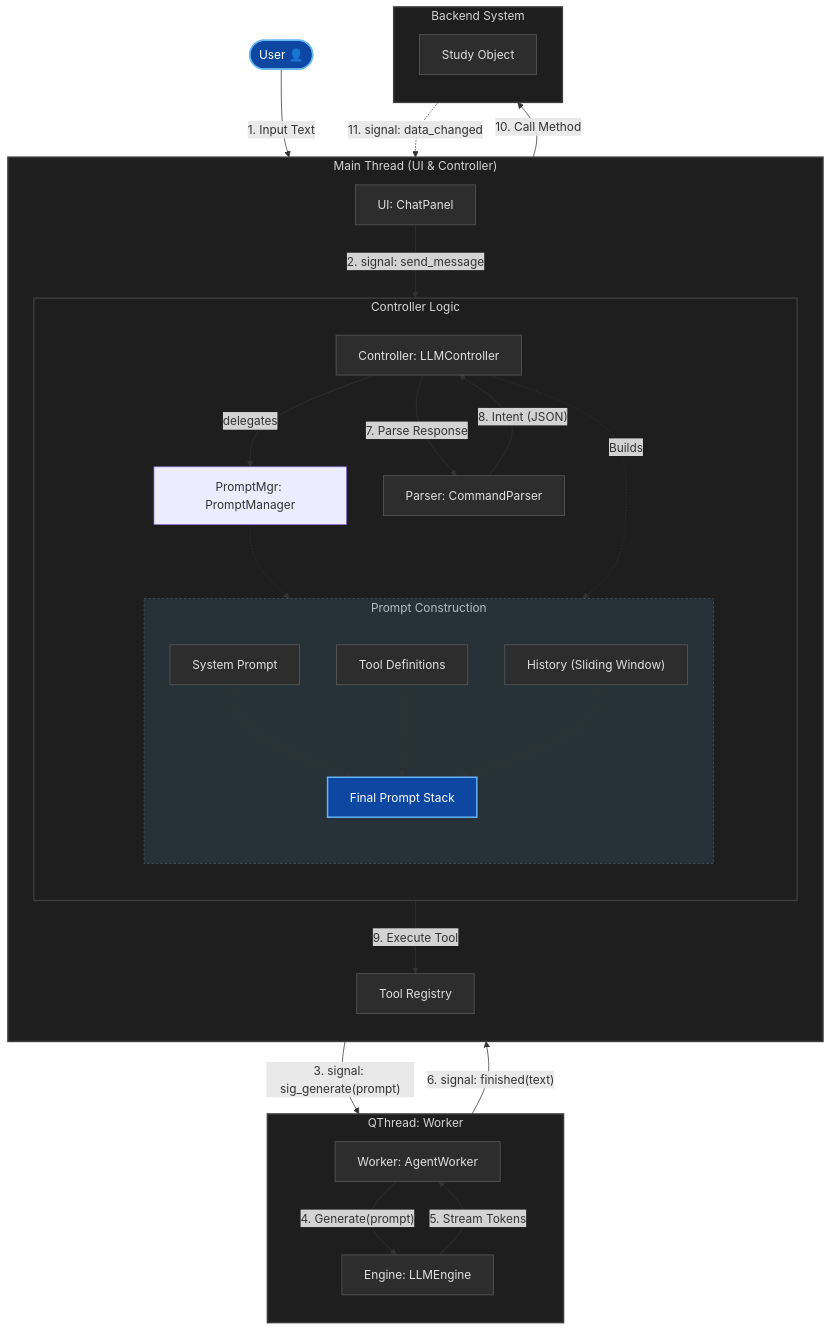
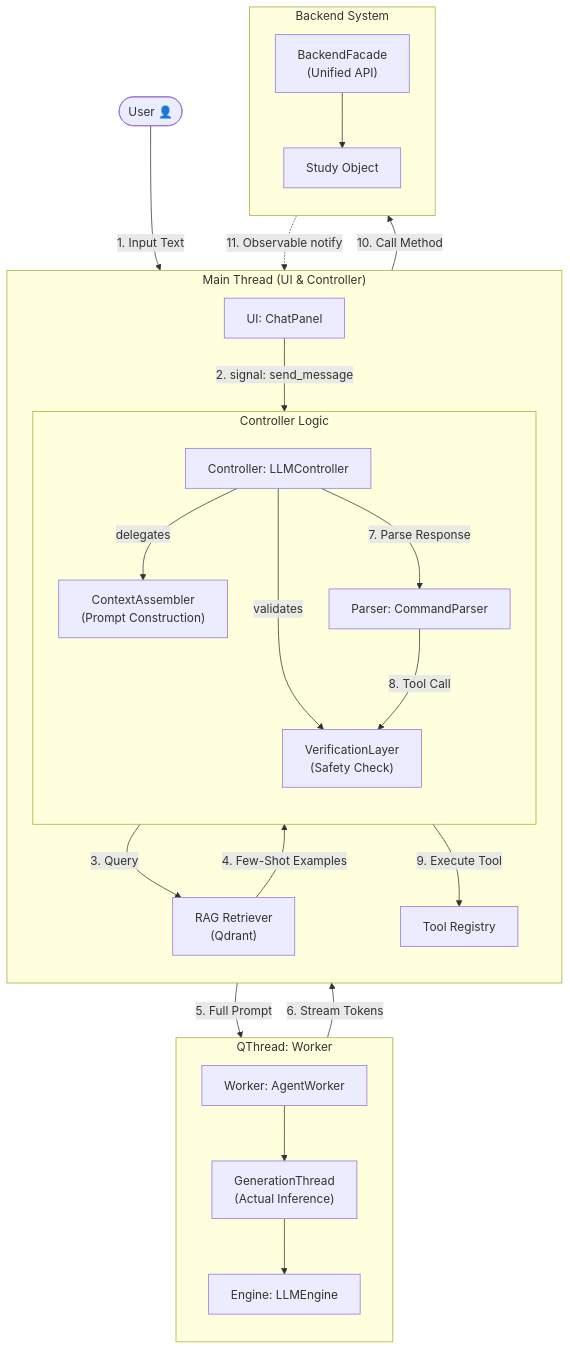
One commit to hxin-an/XBrainLab changed the diagram in documentation/agent/agent_architecture.md. Above: the diagram before and after it, drawn with Mermaid. The commit also changed other lines of this file and 15 other files, not shown here.

````diff
--- a/documentation/agent/agent_architecture.md
+++ b/documentation/agent/agent_architecture.md
@@ -8,73 +10,53 @@
 ```mermaid
 graph TD
-    %% Nodes
     User([User 👤])
 
     subgraph MainThread ["Main Thread (UI & Controller)"]
         direction TB
         UI[UI: ChatPanel]
 
         subgraph ControllerScope ["Controller Logic"]
             direction TB
             Controller[Controller: LLMController]
-            PromptMgr[PromptMgr: PromptManager]
+            Assembler["ContextAssembler<br/>(Prompt Construction)"]
             Parser[Parser: CommandParser]
+            Verifier["VerificationLayer<br/>(Safety Check)"]
 
-            subgraph PromptGen ["Prompt Construction "]
-                direction TB
-                Sys[System Prompt]
-                Tools[Tool Definitions]
-                Hist["History (Sliding Window)"]
-                FullPrompt[Final Prompt Stack]
-
-                Sys & Tools & Hist --> FullPrompt
-            end
-
-            Controller -- "delegates" --> PromptMgr
-            PromptMgr -.-> PromptGen
+            Controller -- "delegates" --> Assembler
+            Controller -- "validates" --> Verifier
         end
 
         ToolReg[Tool Registry]
+        RAG["RAG Retriever<br/>(Qdrant)"]
     end
 
     subgraph WorkerThread ["QThread: Worker"]
         direction TB
         Worker[Worker: AgentWorker]
+        GenThread["GenerationThread<br/>(Actual Inference)"]
         LLM[Engine: LLMEngine]
+
+        Worker --> GenThread
+        GenThread --> LLM
     end
 
     subgraph Backend ["Backend System"]
         direction TB
+        Facade["BackendFacade<br/>(Unified API)"]
         Study[Study Object]
+        Facade --> Study
     end
 
-    %% Data Flow
     User --> |"1. Input Text"| UI
     UI --> |"2. signal: send_message"| Controller
+    Controller --> |"3. Query"| RAG
+    RAG --> |"4. Few-Shot Examples"| Assembler
+    Assembler --> |"5. Full Prompt"| Worker
+    Worker --> |"6. Stream Tokens"| Controller
+    Controller --> |"7. Parse Response"| Parser
+    Parser --> |"8. Tool Call"| Verifier
+    Verifier --> |"9. Execute Tool"| ToolReg
+    ToolReg --> |"10. Call Method"| Facade
 
-    Controller -.-> |"Builds"| PromptGen
-    FullPrompt --> |"3. signal: sig_generate(prompt)"| Worker
-
-    Worker --> |"4. Generate(prompt)"| LLM
-    LLM --> |"5. Stream Tokens"| Worker
-    Worker --> |"6. signal: finished(text)"| Controller
-
-    Controller --> |"7. Parse Response"| Parser
-    Parser --> |"8. Intent (JSON)"| Controller
-
-    Controller --> |"9. Execute Tool"| ToolReg
-    ToolReg --> |"10. Call Method"| Study
-
-    Study -.-> |"11. signal: data_changed"| UI
-
-    %% Professional Dark Mode Styles
-    classDef container fill:#1e1e1e,stroke:#3c3c3c,stroke-width:2px,color:#d4d4d4;
-    classDef component fill:#2d2d2d,stroke:#5c5c5c,stroke-width:1px,color:#e0e0e0;
-    classDef accent fill:#0d47a1,stroke:#64b5f6,stroke-width:2px,color:#ffffff;
-    classDef logic fill:#263238,stroke:#455a64,stroke-width:1px,stroke-dasharray: 3 3,color:#b0bec5;
-
-    class MainThread,WorkerThread,Backend,ControllerScope container;
-    class UI,Controller,Parser,ToolReg,Worker,LLM,Study,Sys,Tools,Hist component;
-    class FullPrompt,User accent;
-    class PromptGen logic;
+    Study -.-> |"11. Observable notify"| UI
 ```
````
